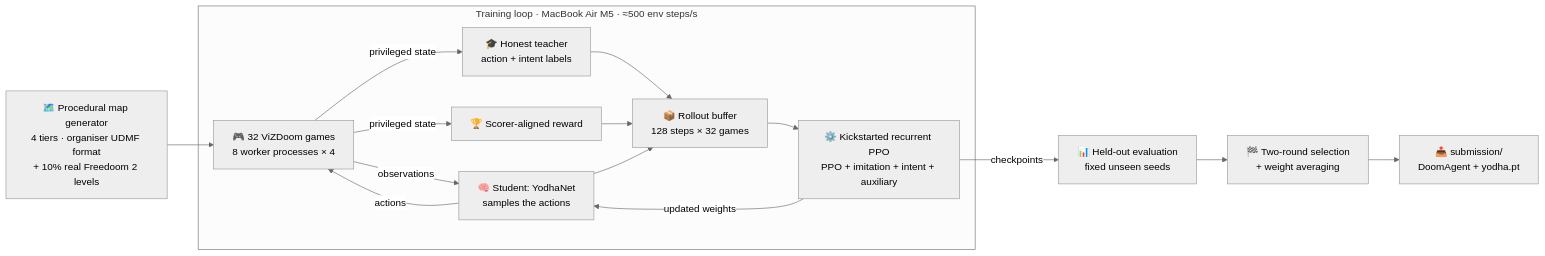
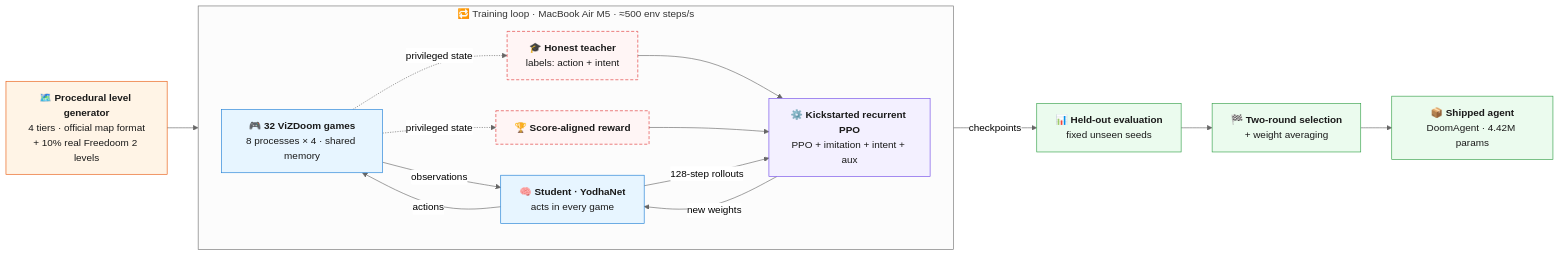
Before and after one commit to AnshulMohanty/Agent_Yodha: the first of 6 diagrams in README.md, drawn with Mermaid (neutral theme). The commit also changed other lines of this file, not shown here.

Commit message:
README: standalone project overview, styled diagrams, engineering decisions

````diff
--- a/README.md
+++ b/README.md
@@ -81,20 +62,39 @@
 ```mermaid
 flowchart LR
-    GEN["🗺️ Procedural map generator<br/>4 tiers · organiser UDMF format<br/>+ 10% real Freedoom 2 levels"] --> GAMES
+    GEN["🗺️ <b>Procedural level generator</b><br/>4 tiers · official map format<br/>+ 10% real Freedoom 2 levels"]
 
-    subgraph LOOP["Training loop · MacBook Air M5 · ≈500 env steps/s"]
-        GAMES["🎮 32 ViZDoom games<br/>8 worker processes × 4"] -->|observations| STUDENT["🧠 Student: YodhaNet<br/>samples the actions"]
+    subgraph LOOP["🔁 Training loop · MacBook Air M5 · ≈500 env steps/s"]
+        direction LR
+        GAMES["🎮 <b>32 ViZDoom games</b><br/>8 processes × 4 · shared memory"]
+        STUDENT["🧠 <b>Student · YodhaNet</b><br/>acts in every game"]
+        TEACHER["🎓 <b>Honest teacher</b><br/>labels: action + intent"]
+        REWARD["🏆 <b>Score-aligned reward</b>"]
+        PPO["⚙️ <b>Kickstarted recurrent PPO</b><br/>PPO + imitation + intent + aux"]
+        GAMES -->|observations| STUDENT
         STUDENT -->|actions| GAMES
-        GAMES -->|privileged state| TEACHER["🎓 Honest teacher<br/>action + intent labels"]
-        GAMES -->|privileged state| REWARD["🏆 Scorer-aligned reward"]
-        TEACHER --> BUFFER["📦 Rollout buffer<br/>128 steps × 32 games"]
-        REWARD --> BUFFER
-        STUDENT --> BUFFER
-        BUFFER --> PPO["⚙️ Kickstarted recurrent PPO<br/>PPO + imitation + intent + auxiliary"]
-        PPO -->|updated weights| STUDENT
+        GAMES -.->|privileged state| TEACHER
+        GAMES -.->|privileged state| REWARD
+        TEACHER --> PPO
+        REWARD --> PPO
+        STUDENT -->|128-step rollouts| PPO
+        PPO -->|new weights| STUDENT
     end
 
-    PPO -->|checkpoints| EVAL["📊 Held-out evaluation<br/>fixed unseen seeds"]
-    EVAL --> SELECT["🏁 Two-round selection<br/>+ weight averaging"]
-    SELECT --> SUB["📤 submission/<br/>DoomAgent + yodha.pt"]
+    EVAL["📊 <b>Held-out evaluation</b><br/>fixed unseen seeds"]
+    SELECT["🏁 <b>Two-round selection</b><br/>+ weight averaging"]
+    SHIP["📦 <b>Shipped agent</b><br/>DoomAgent · 4.42M params"]
+
+    GEN --> GAMES
+    PPO -->|checkpoints| EVAL --> SELECT --> SHIP
+
+    classDef gen fill:#fff4e6,stroke:#e8590c,color:#1a1a1a
+    classDef env fill:#e7f5ff,stroke:#1c7ed6,color:#1a1a1a
+    classDef learn fill:#f3f0ff,stroke:#7048e8,color:#1a1a1a
+    classDef priv fill:#fff5f5,stroke:#e03131,color:#1a1a1a,stroke-dasharray:5 3
+    classDef ship fill:#ebfbee,stroke:#2f9e44,color:#1a1a1a
+    class GEN gen
+    class GAMES,STUDENT env
+    class PPO learn
+    class TEACHER,REWARD priv
+    class EVAL,SELECT,SHIP ship
 ```
````
